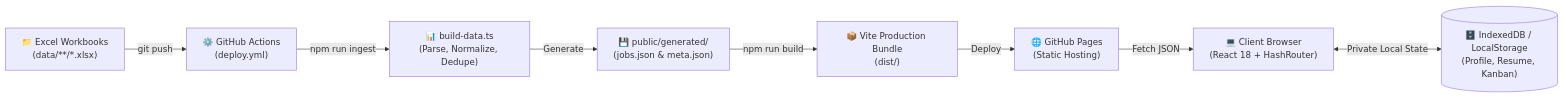
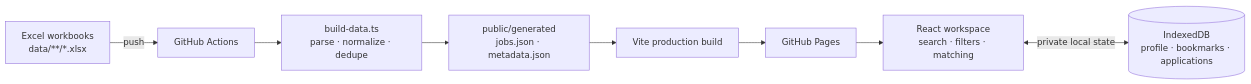
One commit to tech9ic/RoleRadar changed the diagram in README.md. Above: the diagram before and after it, drawn with Mermaid. The commit also changed other lines of this file, not shown here.

````diff
--- a/README.md
+++ b/README.md
@@ -77,10 +91,10 @@
 ```mermaid
 flowchart LR
-    A["📁 Excel Workbooks\n(data/**/*.xlsx)"] -->|git push| B["⚙️ GitHub Actions\n(deploy.yml)"]
-    B -->|npm run ingest| C["📊 build-data.ts\n(Parse, Normalize, Dedupe)"]
-    C -->|Generate| D["💾 public/generated/\n(jobs.json & meta.json)"]
-    D -->|npm run build| E["📦 Vite Production Bundle\n(dist/)"]
-    E -->|Deploy| F["🌐 GitHub Pages\n(Static Hosting)"]
-    F -->|Fetch JSON| G["💻 Client Browser\n(React 18 + HashRouter)"]
-    G <-->|Private Local State| H[("🗄️ IndexedDB / LocalStorage\n(Profile, Resume, Kanban)")]
+    A["Excel workbooks<br/>data/**/*.xlsx"] -->|push| B["GitHub Actions"]
+    B --> C["build-data.ts<br/>parse · normalize · dedupe"]
+    C --> D["public/generated<br/>jobs.json · metadata.json"]
+    D --> E["Vite production build"]
+    E --> F["GitHub Pages"]
+    F --> G["React workspace<br/>search · filters · matching"]
+    G <-->|private local state| H[("IndexedDB<br/>profile · bookmarks · applications")]
 ```
````
